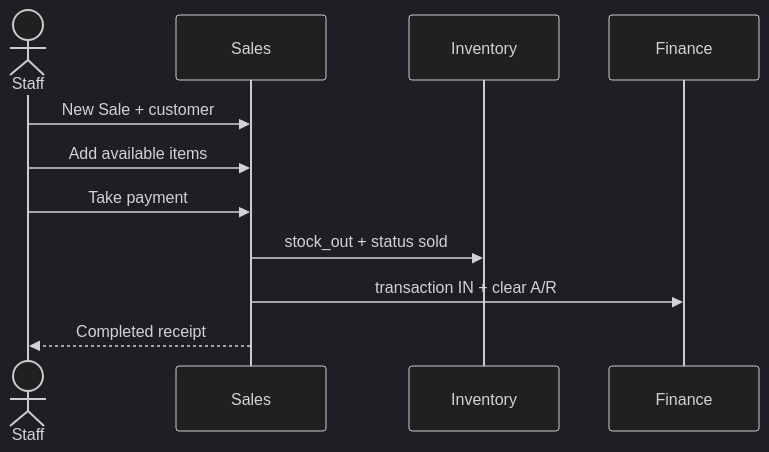
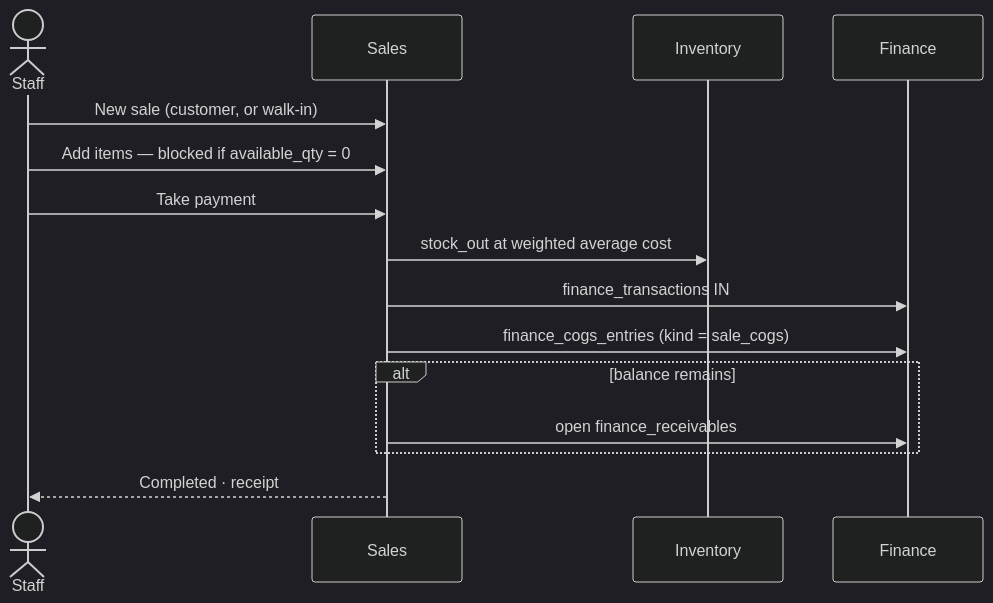
One commit to niaazaai/boms changed the seventh of 14 diagrams in specs/flows/application-flows.md. Above: the diagram before and after it, drawn with Mermaid (dark theme). The commit also changed other lines of this file and 61 other files, not shown here.

````diff
--- a/specs/flows/application-flows.md
+++ b/specs/flows/application-flows.md
@@ -81,13 +135,17 @@
 ```mermaid
 sequenceDiagram
   actor Staff
-  participant Sales
-  participant Inventory
-  participant Finance
-  Staff->>Sales: New Sale + customer
-  Staff->>Sales: Add available items
-  Staff->>Sales: Take payment
-  Sales->>Inventory: stock_out + status sold
-  Sales->>Finance: transaction IN + clear A/R
-  Sales-->>Staff: Completed receipt
+  participant SAL as Sales
+  participant INV as Inventory
+  participant FIN as Finance
+  Staff->>SAL: New sale (customer, or walk-in)
+  Staff->>SAL: Add items — blocked if available_qty = 0
+  Staff->>SAL: Take payment
+  SAL->>INV: stock_out at weighted average cost
+  SAL->>FIN: finance_transactions IN
+  SAL->>FIN: finance_cogs_entries (kind = sale_cogs)
+  alt balance remains
+    SAL->>FIN: open finance_receivables
+  end
+  SAL-->>Staff: Completed · receipt
 ```
````
